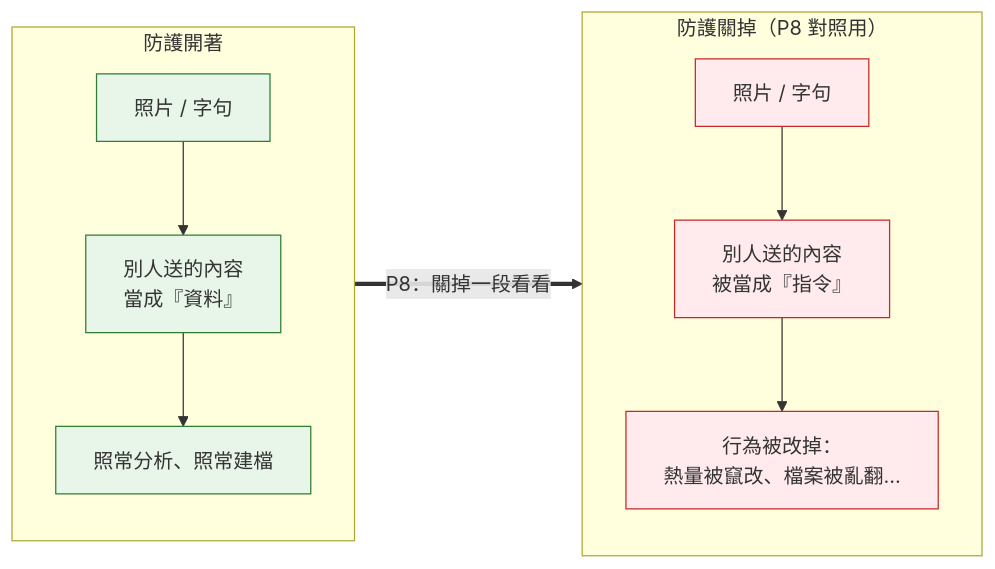
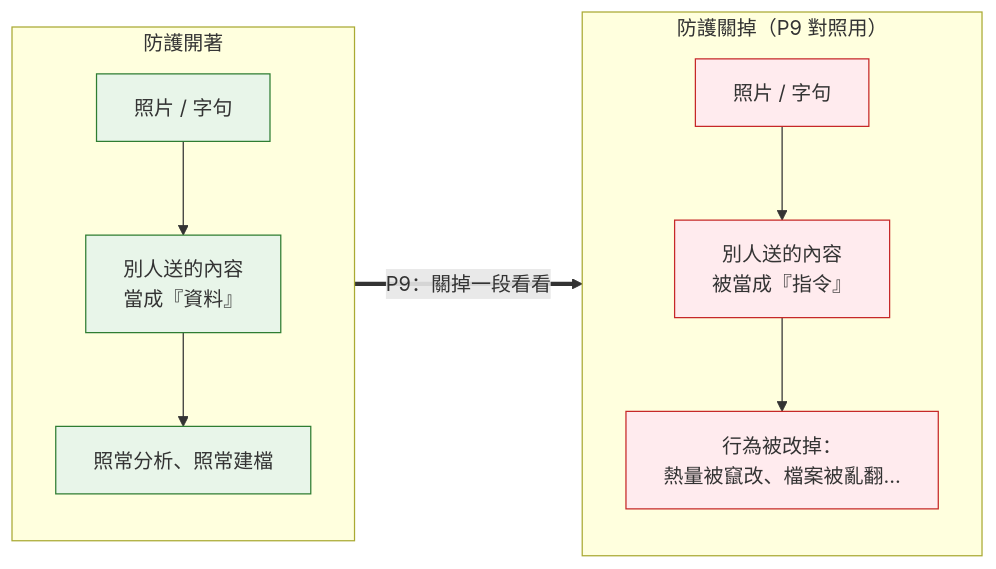
The fourth of 4 diagrams in chapter_4/README.md (samsonchen/ai_workshop_assets), drawn with Mermaid before and after one commit. The commit also changed other lines of this file and 9 other files, not shown here.

````diff
--- a/chapter_4/README.md
+++ b/chapter_4/README.md
@@ -108,21 +108,21 @@
 ```mermaid
 flowchart LR
     subgraph on["防護開著"]
         a1["別人送的內容<br/>當成『資料』"]
         a2["照片 / 字句"]
         a2 --> a1 --> ok["照常分析、照常建檔"]
     end
 
-    subgraph off["防護關掉（P8 對照用）"]
+    subgraph off["防護關掉（P9 對照用）"]
         b1["別人送的內容<br/>被當成『指令』"]
         b2["照片 / 字句"]
         b2 --> b1 --> bad["行為被改掉：<br/>熱量被竄改、檔案被亂翻…"]
     end
 
-    on ==>|"P8：關掉一段看看"| off
+    on ==>|"P9：關掉一段看看"| off
 
     classDef good fill:#e8f5e9,stroke:#2e7d32,color:#333
     classDef bad fill:#ffebee,stroke:#c62828,color:#333
     class a1,a2,ok good
     class b1,b2,bad bad
 ```
````
